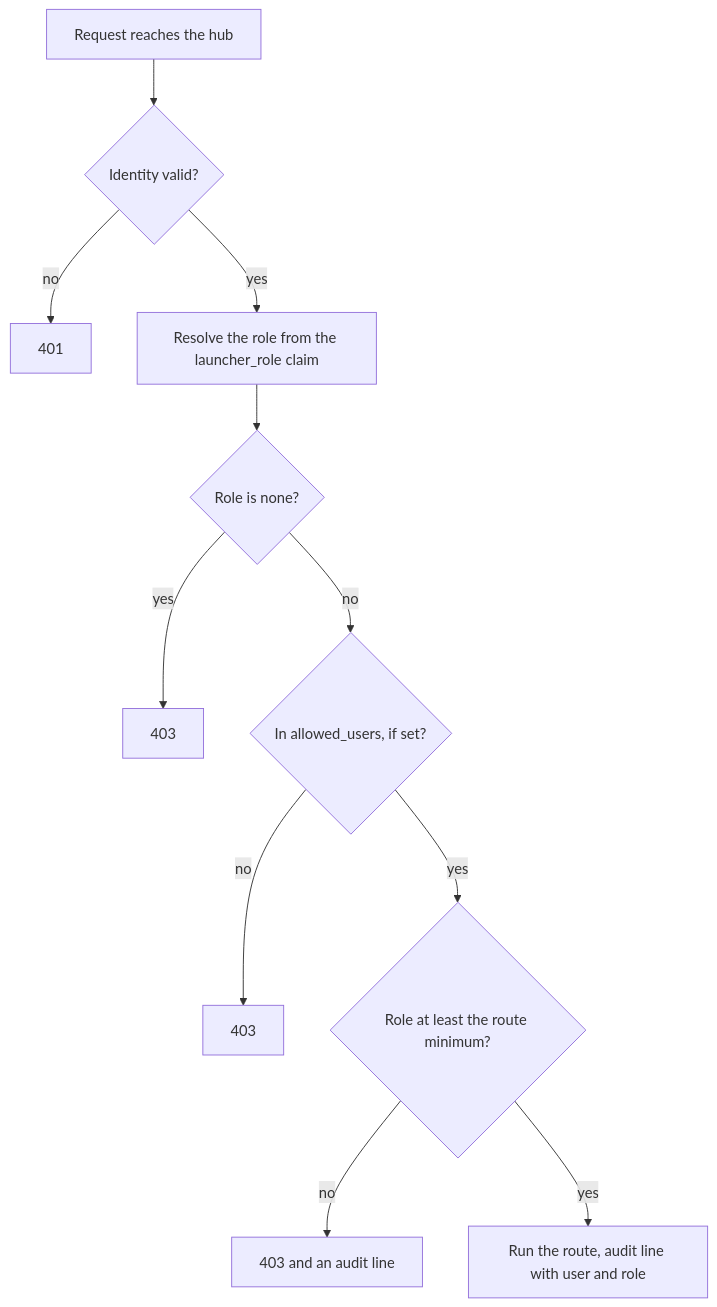
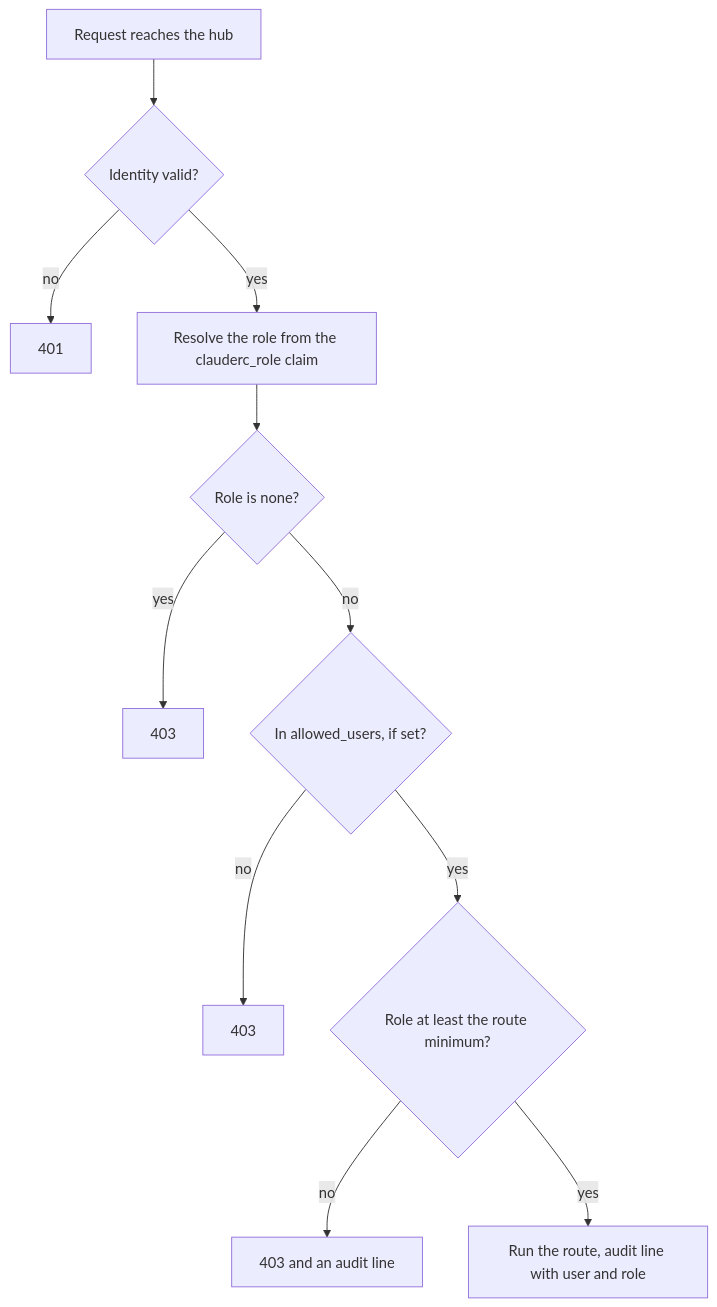
Before and after one commit to kbirger/claude-rc-launcher: the fifth of 5 diagrams in docs/auth-architecture.md, drawn with Mermaid. The commit also changed other lines of this file and 13 other files, not shown here.

Commit message:
refactor: name the role claim clauderc_role and the scope clauderc

````diff
--- a/docs/auth-architecture.md
+++ b/docs/auth-architecture.md
@@ -131,13 +131,13 @@
 ```mermaid
 flowchart TD
   R["Request reaches the hub"] --> A{"Identity valid?"}
   A -- "no" --> E401["401"]
-  A -- "yes" --> Q["Resolve the role from the launcher_role claim"]
+  A -- "yes" --> Q["Resolve the role from the clauderc_role claim"]
   Q --> Z{"Role is none?"}
   Z -- "yes" --> E403c["403"]
   Z -- "no" --> L{"In allowed_users, if set?"}
   L -- "no" --> E403a["403"]
   L -- "yes" --> M{"Role at least the route minimum?"}
   M -- "no" --> E403b["403 and an audit line"]
   M -- "yes" --> X["Run the route, audit line with user and role"]
 ```
````
